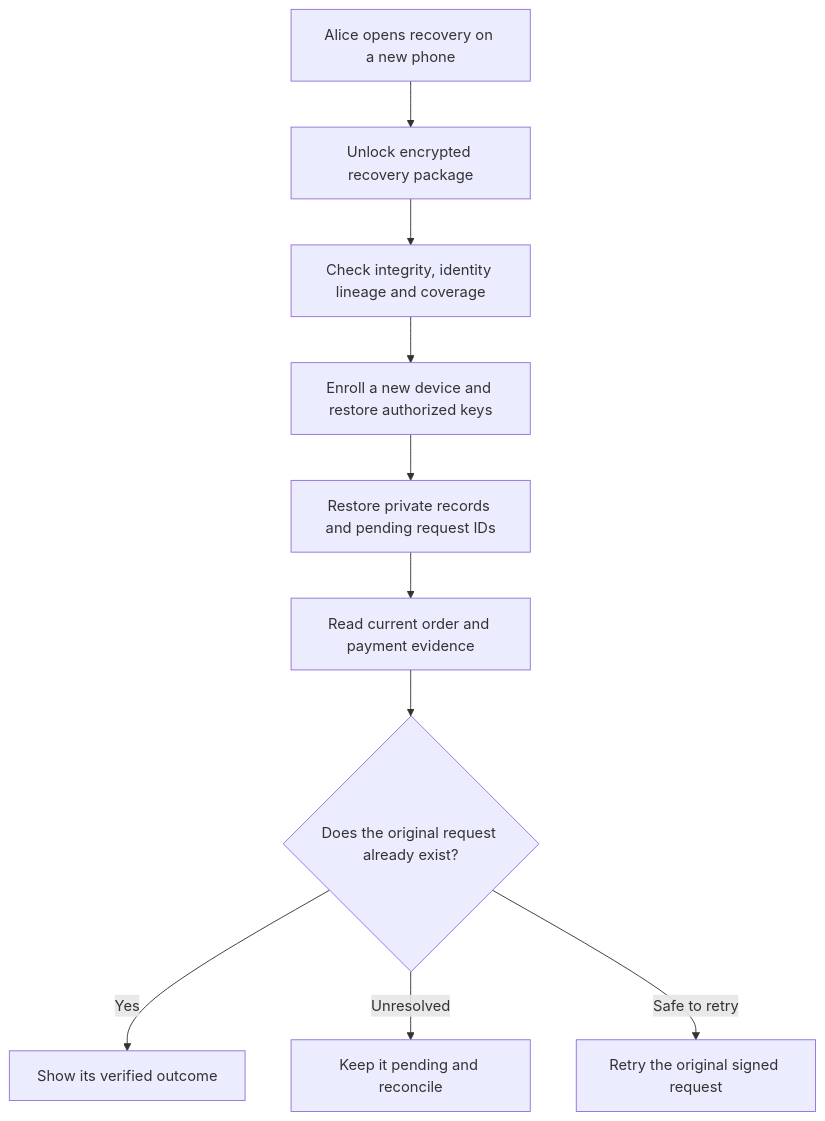
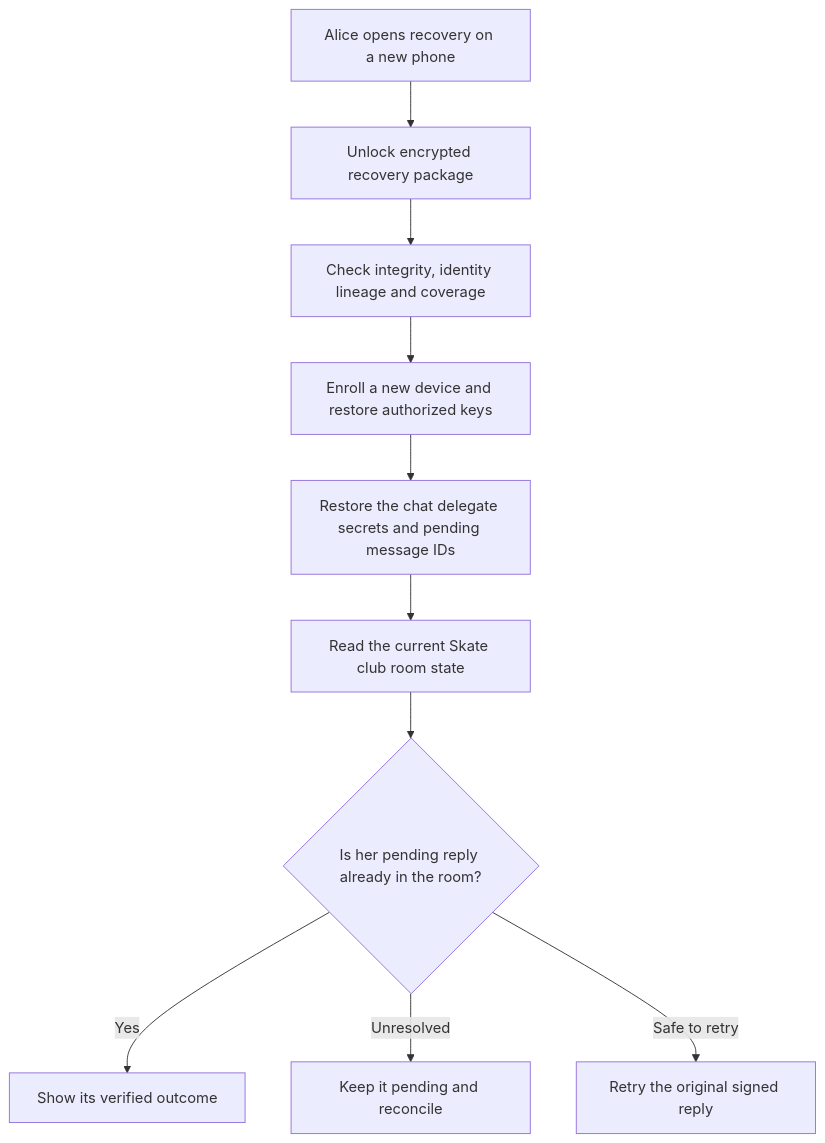
The diagram in identity/README.md (EVY-Platform/evy-freenet-plans), drawn with Mermaid before and after one commit. The commit also changed other lines of this file and 17 other files, not shown here.

````diff
--- a/identity/README.md
+++ b/identity/README.md
@@ -63,12 +63,12 @@
 ```mermaid
 flowchart TD
     Start["Alice opens recovery on a new phone"] --> Unlock["Unlock encrypted recovery package"]
     Unlock --> Verify["Check integrity, identity lineage and coverage"]
     Verify --> Enroll["Enroll a new device and restore authorized keys"]
-    Enroll --> Records["Restore private records and pending request IDs"]
-    Records --> Refresh["Read current order and payment evidence"]
-    Refresh --> Decide{"Does the original request already exist?"}
+    Enroll --> Records["Restore the chat delegate secrets and pending message IDs"]
+    Records --> Refresh["Read the current Skate club room state"]
+    Refresh --> Decide{"Is her pending reply already in the room?"}
     Decide -->|Yes| Show["Show its verified outcome"]
     Decide -->|Unresolved| Reconcile["Keep it pending and reconcile"]
-    Decide -->|Safe to retry| Retry["Retry the original signed request"]
+    Decide -->|Safe to retry| Retry["Retry the original signed reply"]
 ```
````
